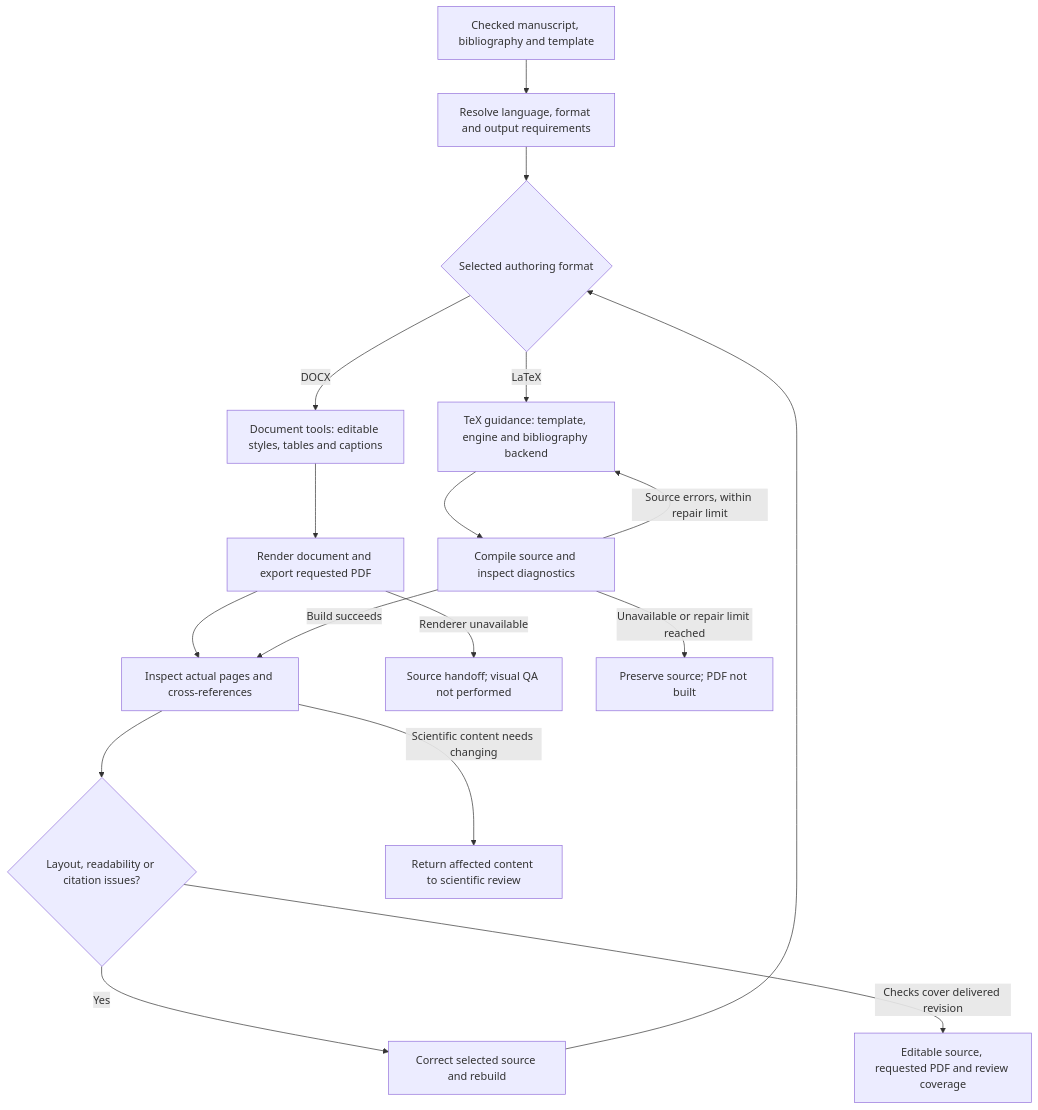
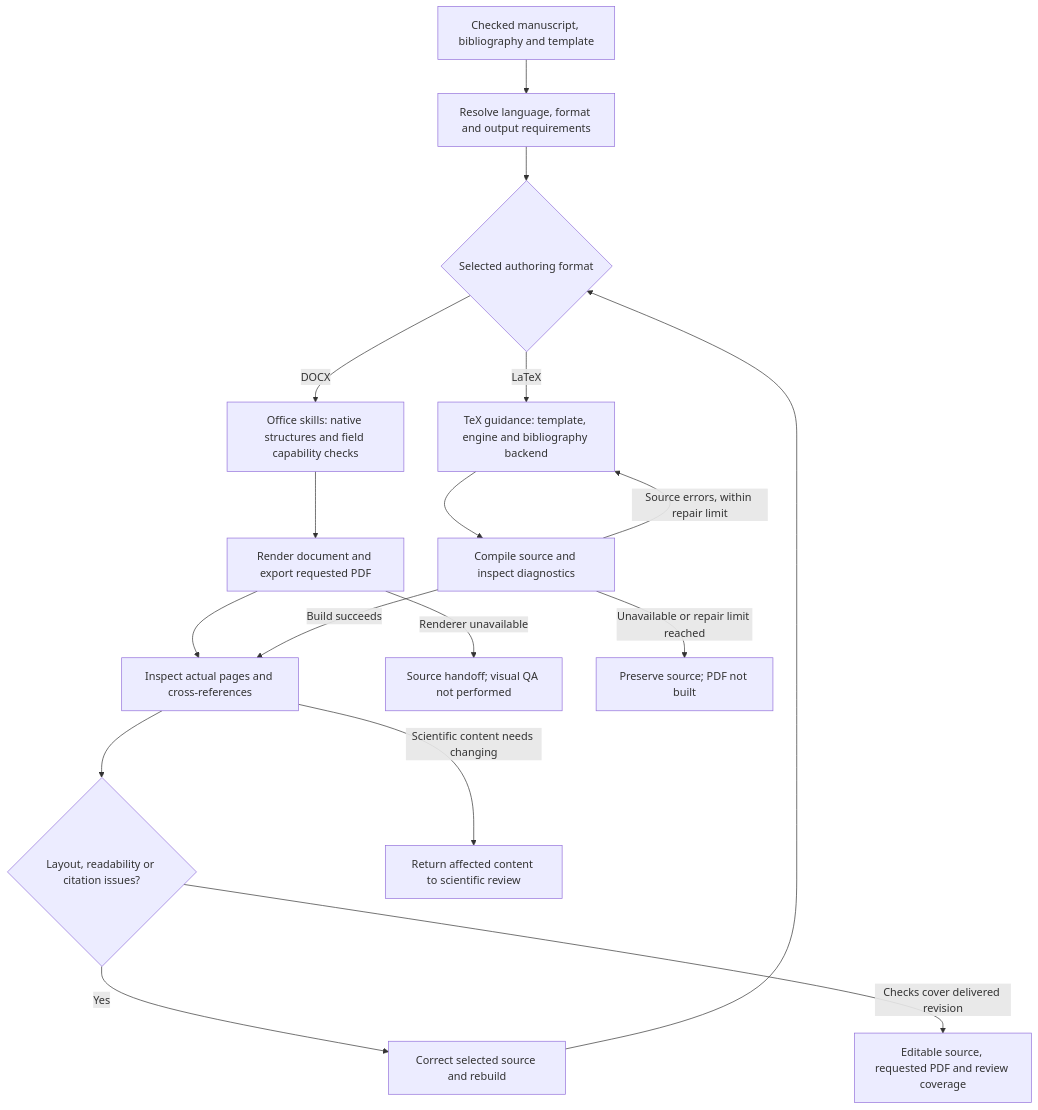
One commit to vage88sg1/agentic-research-workflows changed the third of 9 diagrams in docs/WORKFLOW_GUIDE.md. Above: the diagram before and after it, drawn with Mermaid. The commit also changed other lines of this file and 37 other files, not shown here.

Commit message:
Add portable Office skill and native feature verification guidance

````diff
--- a/docs/WORKFLOW_GUIDE.md
+++ b/docs/WORKFLOW_GUIDE.md
@@ -263,19 +263,19 @@
 ```mermaid
 flowchart TD
   A[Checked manuscript, bibliography and template] --> B[Resolve language, format and output requirements]
   B --> C{Selected authoring format}
-  C -->|DOCX| D[Document tools: editable styles, tables and captions]
+  C -->|DOCX| D[Office skills: native structures and field capability checks]
   C -->|LaTeX| E[TeX guidance: template, engine and bibliography backend]
   D --> F[Render document and export requested PDF]
   E --> G[Compile source and inspect diagnostics]
   G -->|Source errors, within repair limit| E
   F --> H[Inspect actual pages and cross-references]
   G -->|Build succeeds| H
   H --> I{Layout, readability or citation issues?}
   I -->|Yes| J[Correct selected source and rebuild]
   J --> C
   I -->|Checks cover delivered revision| K[Editable source, requested PDF and review coverage]
   F -->|Renderer unavailable| L[Source handoff; visual QA not performed]
   G -->|Unavailable or repair limit reached| M[Preserve source; PDF not built]
   H -->|Scientific content needs changing| N[Return affected content to scientific review]
 ```
````
